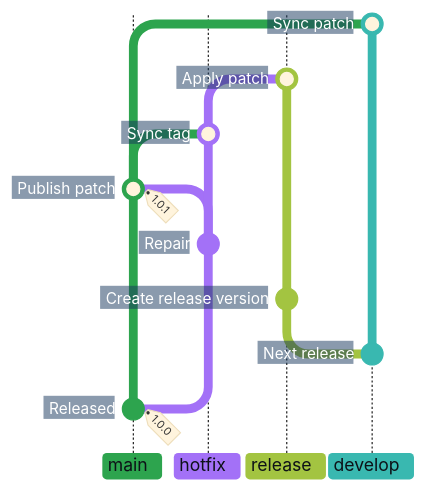
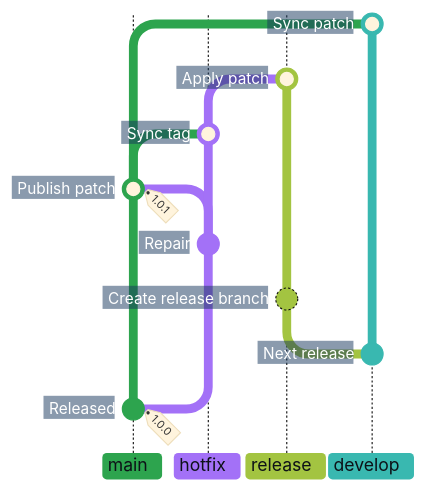
The third of 3 diagrams in docs/adr/cicd.md (superhero/operations.superduper.solutions), drawn with Mermaid before and after one commit. The commit also changed other lines of this file, not shown here.

Commit message:
docs: clarify release branch creation labels

````diff
--- a/docs/adr/cicd.md
+++ b/docs/adr/cicd.md
@@ -133,29 +133,29 @@
 ```mermaid
 %%{init: {"theme": "base", "themeCSS": ".commit-labels g:last-of-type { visibility: hidden; } .commit-label { font-weight: 700; transform: translateX(-8px); } .commit-label-bkg { opacity: 1; stroke: #17365D; stroke-width: 20px; transform: translateX(-5px); clip-path: polygon(-4px -4px, calc(100% + 4px) -4px, calc(100% + 10px) 50%, calc(100% + 4px) calc(100% + 4px), -4px calc(100% + 4px)) fill-box; }", "gitGraph": {"showCommitLabel": true, "rotateCommitLabel": false}, "themeVariables": {
     "commitLabelFontSize": "14px", "commitLabelColor": "#FFFFFF", "commitLabelBackground": "#17365D",
     "git0": "#2DA44E", "gitBranchLabel0": "#0D1117",
     "git1": "#A371F7", "gitBranchLabel1": "#0D1117",
     "git2": "#A3C441", "gitBranchLabel2": "#0D1117",
     "git3": "#39B8B0", "gitBranchLabel3": "#0D1117"
 }}}%%
 gitGraph BT:
     %% In BT order, the initial commit note is the last label group; its tag stays visible.
     branch develop order: 3
     checkout main
     commit id: "Released" tag: "1.0.0"
     checkout develop
     commit id: "Next release"
     branch "release" order: 2
-    commit id: "Create release version"
+    commit id: "Create release branch"
     checkout main
     branch "hotfix" order: 1
     commit id: "Repair"
     checkout main
     merge "hotfix" id: "Publish patch" tag: "1.0.1"
     checkout "hotfix"
     merge main id: "Sync tag"
     checkout "release"
     merge "hotfix" id: "Apply patch"
     checkout develop
     merge main id: "Sync patch"
 ```
````
